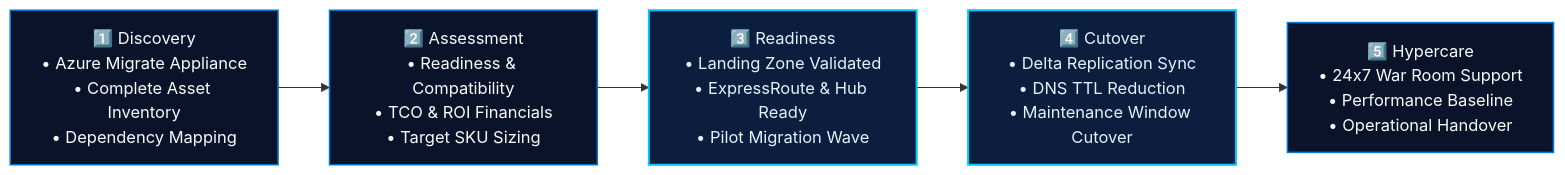
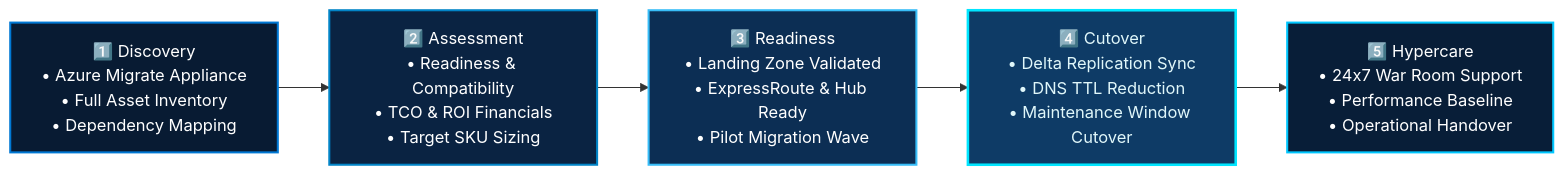
One commit to Dev-opsRahul/Dev-opsRahul changed the second of 4 diagrams in README.md. Above: the diagram before and after it, drawn with Mermaid. The commit also changed other lines of this file and 1 other file, not shown here.

````diff
--- a/README.md
+++ b/README.md
@@ -252,11 +233,14 @@
 ```mermaid
 flowchart LR
-    Step1["1️⃣ Discovery\n• Azure Migrate Appliance\n• Complete Asset Inventory\n• Dependency Mapping"] --> Step2["2️⃣ Assessment\n• Readiness & Compatibility\n• TCO & ROI Financials\n• Target SKU Sizing"]
-    Step2 --> Step3["3️⃣ Readiness\n• Landing Zone Validated\n• ExpressRoute & Hub Ready\n• Pilot Migration Wave"]
-    Step3 --> Step4["4️⃣ Cutover\n• Delta Replication Sync\n• DNS TTL Reduction\n• Maintenance Window Cutover"]
-    Step4 --> Step5["5️⃣ Hypercare\n• 24x7 War Room Support\n• Performance Baseline\n• Operational Handover"]
+    %% COLORFUL ENTERPRISE BLUE PALETTE DEFINITIONS
+    classDef step1 fill:#081B33,stroke:#0078D4,stroke-width:2px,color:#FFFFFF;
+    classDef step2 fill:#0A2342,stroke:#0284C7,stroke-width:2px,color:#FFFFFF;
+    classDef step3 fill:#0C2E54,stroke:#38BDF8,stroke-width:2px,color:#FFFFFF;
+    classDef step4 fill:#0E3B66,stroke:#00E5FF,stroke-width:2.5px,color:#E0F7FA;
+    classDef step5 fill:#081E38,stroke:#00C7FF,stroke-width:2px,color:#FFFFFF;
 
-    classDef default fill:#0B132B,stroke:#0078D4,stroke-width:1.5px,color:#F8FAFC;
-    classDef highlight fill:#0C1E3D,stroke:#00C7FF,stroke-width:2px,color:#E0F2FE;
-    class Step3,Step4 highlight;
+    Step1["1️⃣ Discovery\n• Azure Migrate Appliance\n• Full Asset Inventory\n• Dependency Mapping"]:::step1 --> Step2["2️⃣ Assessment\n• Readiness & Compatibility\n• TCO & ROI Financials\n• Target SKU Sizing"]:::step2
+    Step2 --> Step3["3️⃣ Readiness\n• Landing Zone Validated\n• ExpressRoute & Hub Ready\n• Pilot Migration Wave"]:::step3
+    Step3 --> Step4["4️⃣ Cutover\n• Delta Replication Sync\n• DNS TTL Reduction\n• Maintenance Window Cutover"]:::step4
+    Step4 --> Step5["5️⃣ Hypercare\n• 24x7 War Room Support\n• Performance Baseline\n• Operational Handover"]:::step5
 ```
````
